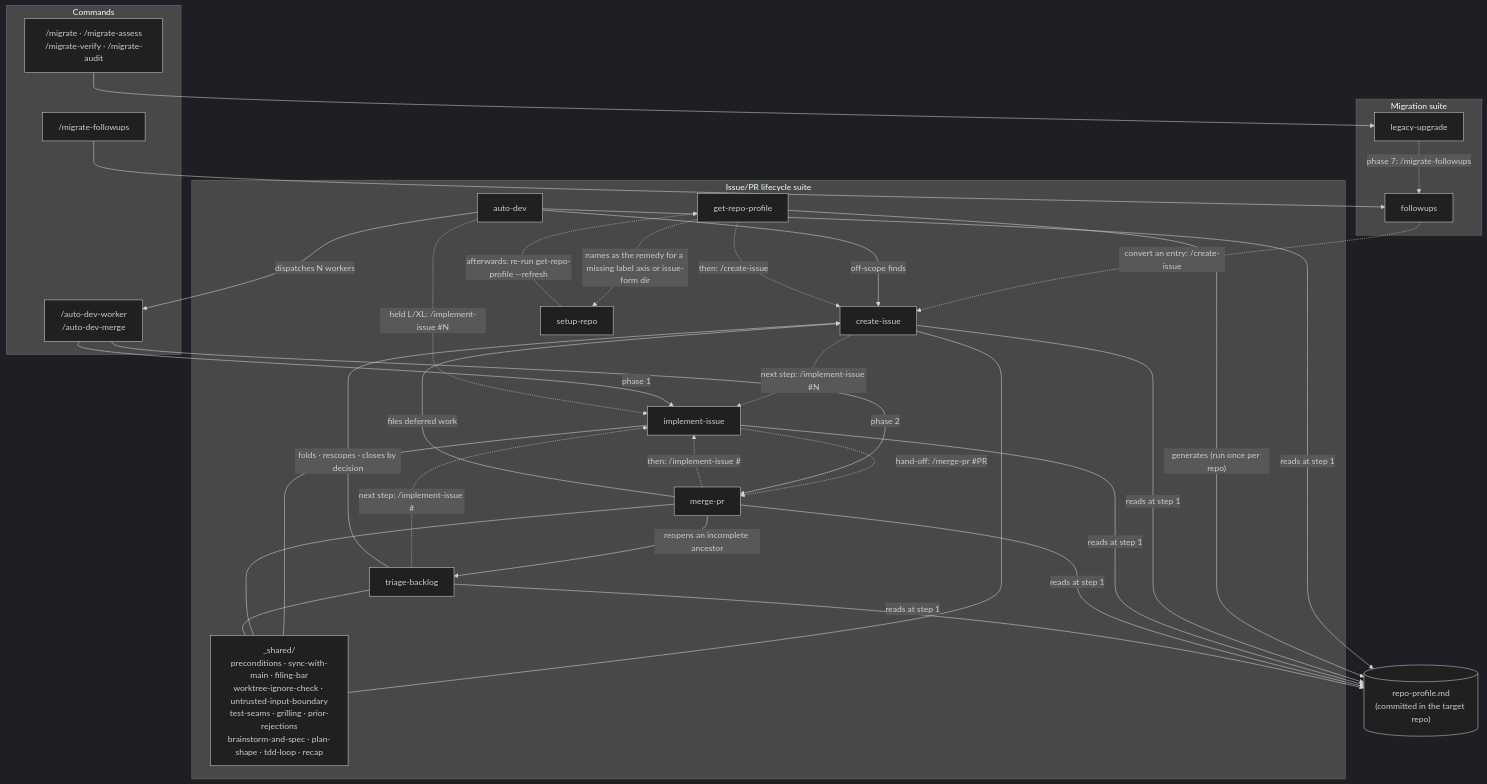
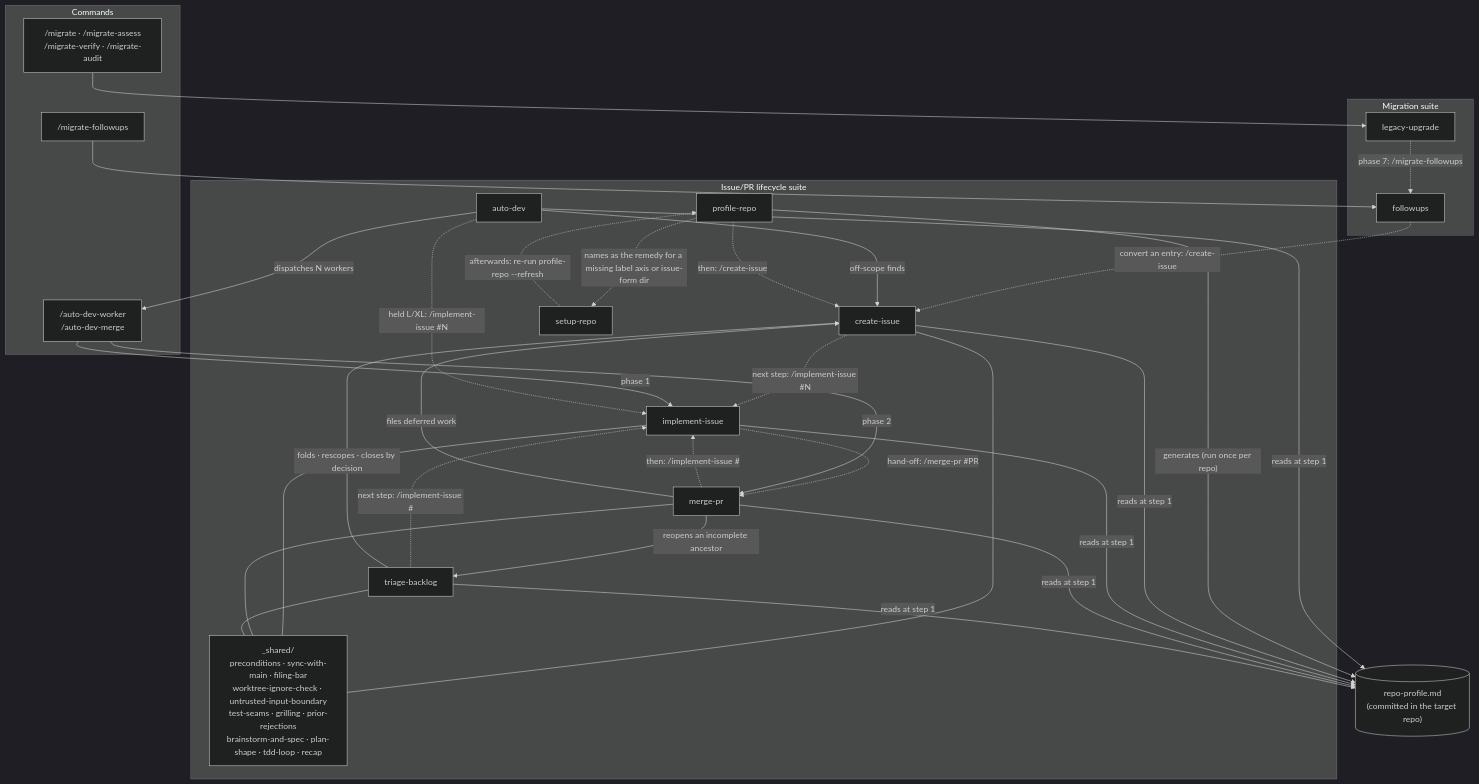
Before and after one commit to phmatray/ai-migration-kit: the first of 2 diagrams in ARCHITECTURE.md, drawn with Mermaid (dark theme). The commit also changed other lines of this file and 44 other files, not shown here.

Commit message:
feat(skills): rename get-repo-profile to profile-repo

````diff
--- a/ARCHITECTURE.md
+++ b/ARCHITECTURE.md
@@ -16,56 +16,56 @@
 ```mermaid
 graph TD
     subgraph commands ["Commands"]
         M["/migrate · /migrate-assess<br>/migrate-verify · /migrate-audit"]
         MF["/migrate-followups"]
         AW["/auto-dev-worker<br>/auto-dev-merge"]
     end
 
     subgraph migration ["Migration suite"]
         LU[legacy-upgrade]
         FU[followups]
     end
 
     subgraph lifecycle ["Issue/PR lifecycle suite"]
         AD[auto-dev]
         CI[create-issue]
         II[implement-issue]
         MP[merge-pr]
         TB[triage-backlog]
-        RP[get-repo-profile]
+        RP[profile-repo]
         SR[setup-repo]
         SH["_shared/<br>preconditions · sync-with-main · filing-bar<br>worktree-ignore-check · untrusted-input-boundary<br>test-seams · grilling · prior-rejections<br>brainstorm-and-spec · plan-shape · tdd-loop · recap"]
     end
 
     PROF[("repo-profile.md<br>(committed in the target repo)")]
 
     M --> LU
     MF --> FU
     LU -. "phase 7: /migrate-followups" .-> FU
     FU -. "convert an entry: /create-issue" .-> CI
     CI -. "next step: /implement-issue #N" .-> II
     II -. "hand-off: /merge-pr #PR" .-> MP
     MP -. "then: /implement-issue #<next>" .-> II
     TB -. "next step: /implement-issue #<kept>" .-> II
     MP -- "files deferred work" --> CI
     AD -- "dispatches N workers" --> AW
     AW -- "phase 1" --> II
     AW -- "phase 2" --> MP
     AD -- "off-scope finds" --> CI
     AD -. "held L/XL: /implement-issue #N" .-> II
     AD -- "reads at step 1" --> PROF
     RP -- "generates (run once per repo)" --> PROF
     RP -. "names as the remedy for a missing label axis or issue-form dir" .-> SR
     RP -. "then: /create-issue <idea>" .-> CI
-    SR -. "afterwards: re-run get-repo-profile --refresh" .-> RP
+    SR -. "afterwards: re-run profile-repo --refresh" .-> RP
     CI -- "reads at step 1" --> PROF
     II -- "reads at step 1" --> PROF
     MP -- "reads at step 1" --> PROF
     MP -- "reopens an incomplete ancestor" --> TB
     TB -- "folds · rescopes · closes by decision" --> CI
     TB -- "reads at step 1" --> PROF
     CI --- SH
     II --- SH
     MP --- SH
     TB --- SH
 ```
````
